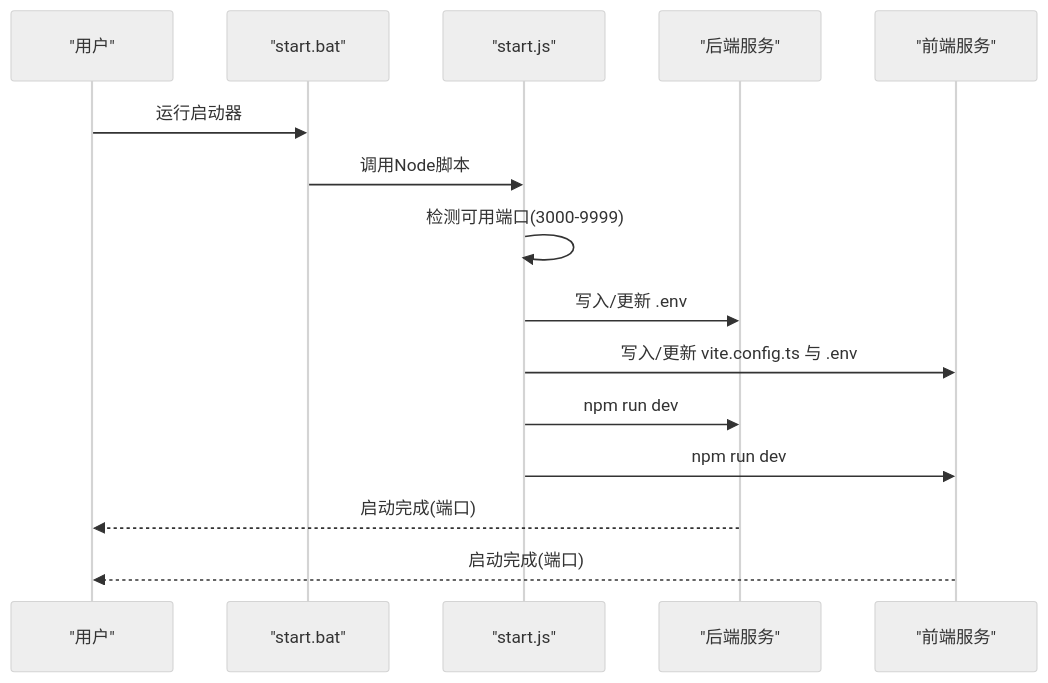
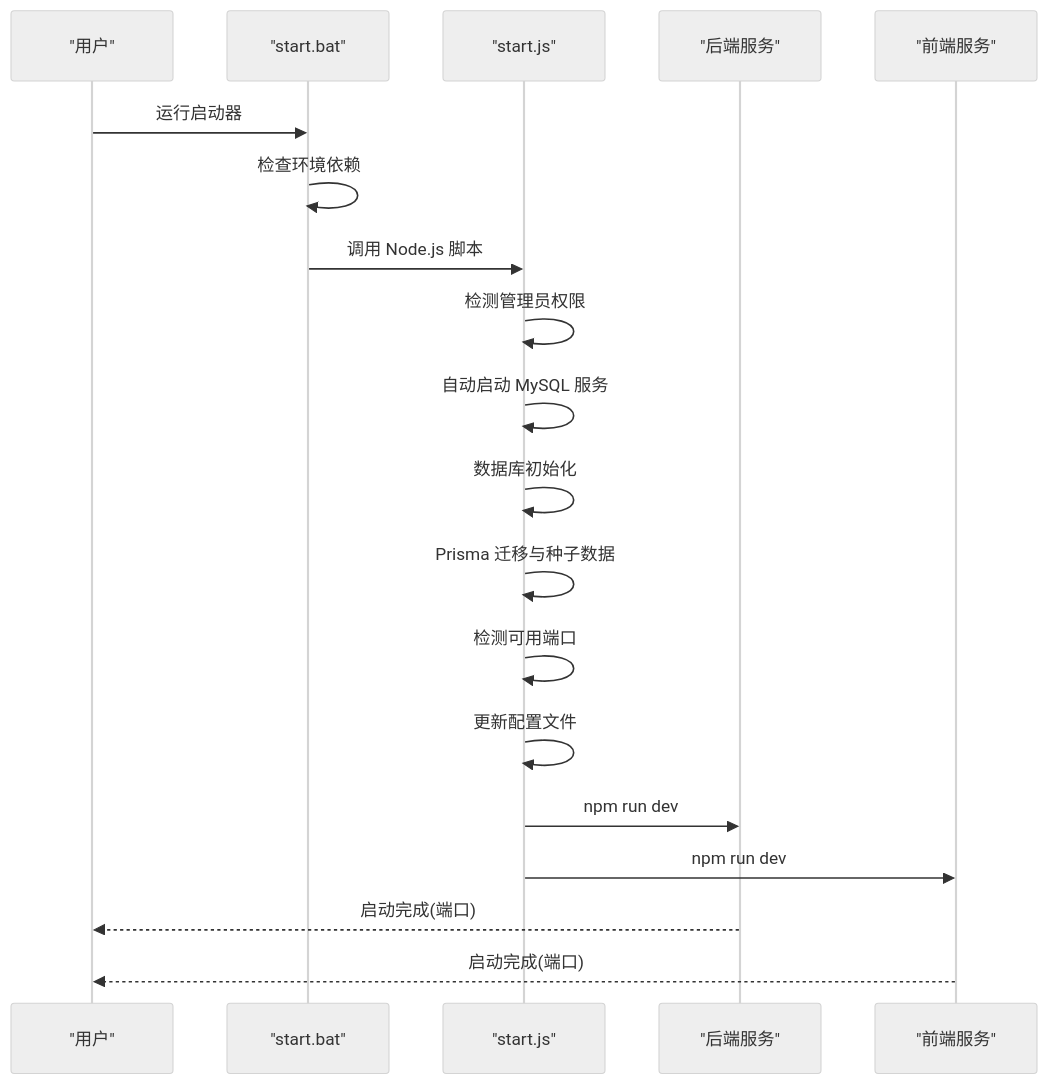
Before and after one commit to xianjianshenqu/SalesFlow-CRM: the eighth of 9 diagrams in .qoder/repowiki/zh/content/开发指南/数据库设置自动化脚本.md, drawn with Mermaid (neutral theme). The commit also changed other lines of this file and 2 other files, not shown here.

````diff
--- a/.qoder/repowiki/zh/content/开发指南/数据库设置自动化脚本.md
+++ b/.qoder/repowiki/zh/content/开发指南/数据库设置自动化脚本.md
@@ -250,17 +314,21 @@
 ```mermaid
 sequenceDiagram
 participant User as "用户"
 participant StartBat as "start.bat"
 participant StartJS as "start.js"
 participant Backend as "后端服务"
 participant Frontend as "前端服务"
 User->>StartBat : 运行启动器
-StartBat->>StartJS : 调用Node脚本
-StartJS->>StartJS : 检测可用端口(3000-9999)
-StartJS->>Backend : 写入/更新 .env
-StartJS->>Frontend : 写入/更新 vite.config.ts 与 .env
+StartBat->>StartBat : 检查环境依赖
+StartBat->>StartJS : 调用 Node.js 脚本
+StartJS->>StartJS : 检测管理员权限
+StartJS->>StartJS : 自动启动 MySQL 服务
+StartJS->>StartJS : 数据库初始化
+StartJS->>StartJS : Prisma 迁移与种子数据
+StartJS->>StartJS : 检测可用端口
+StartJS->>StartJS : 更新配置文件
 StartJS->>Backend : npm run dev
 StartJS->>Frontend : npm run dev
 Backend-->>User : 启动完成(端口)
 Frontend-->>User : 启动完成(端口)
 ```
````
